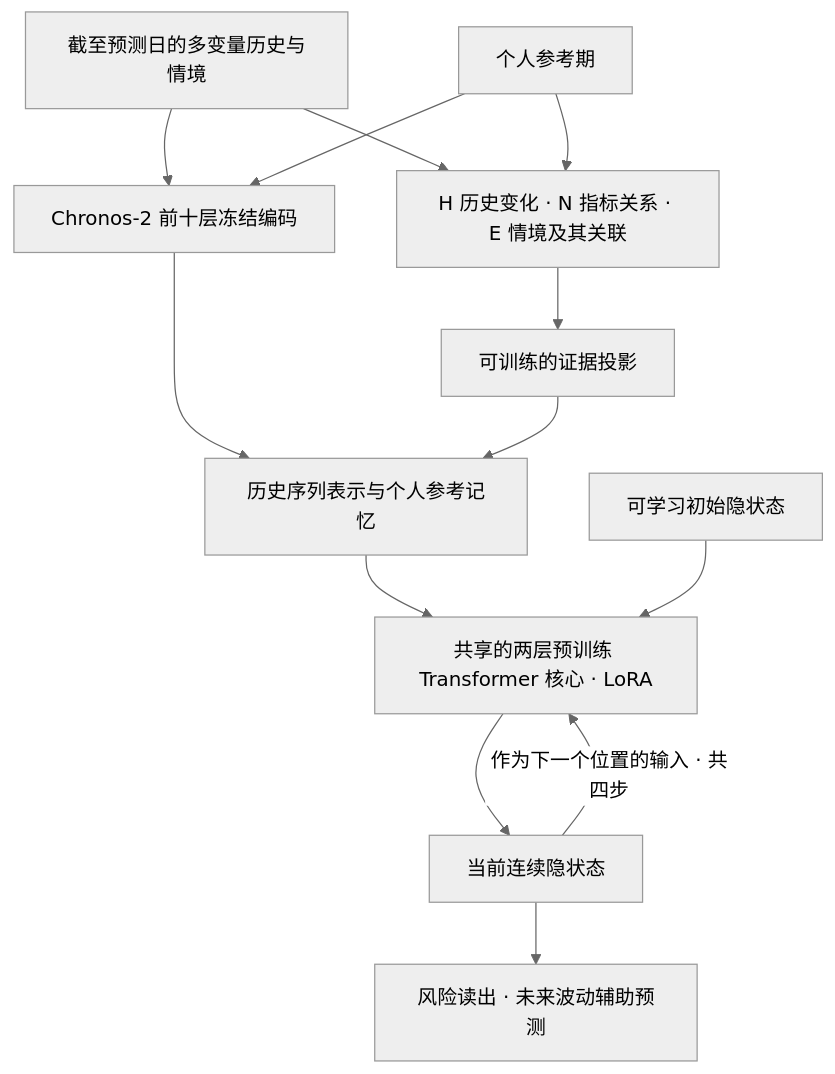
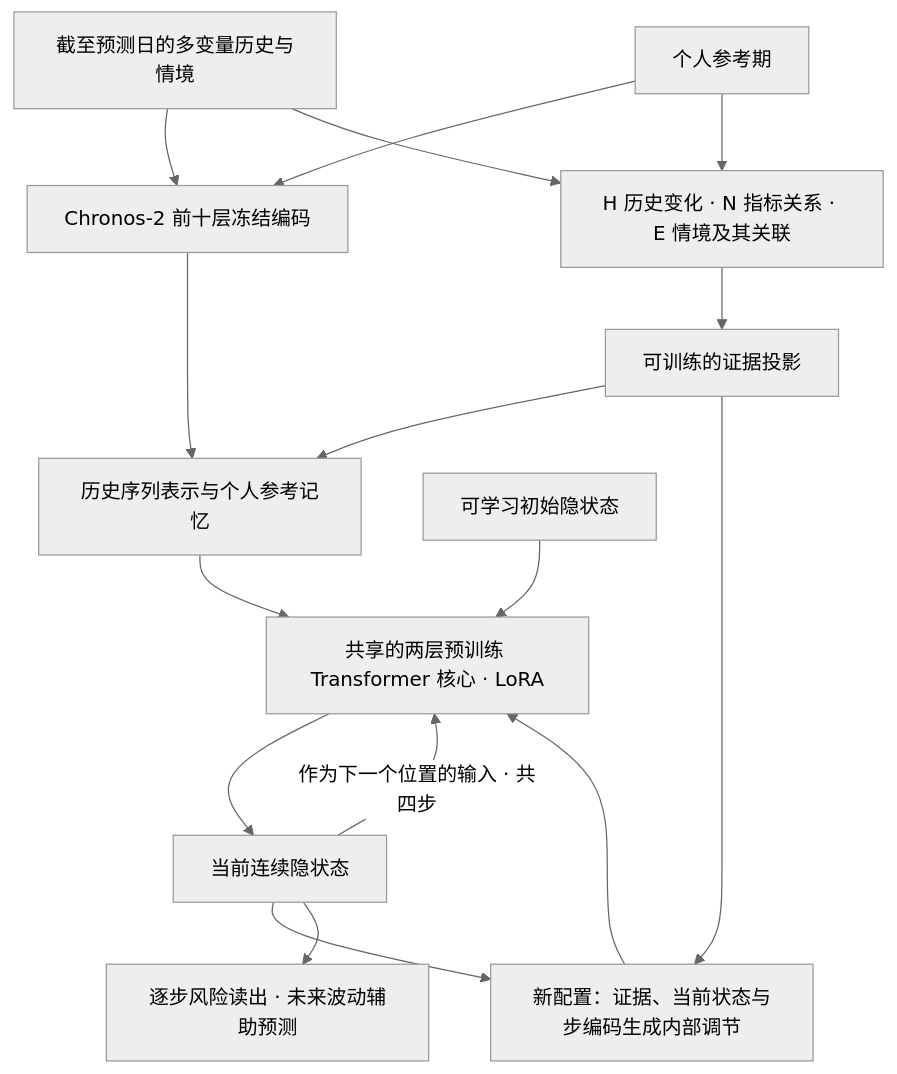
Before and after one commit to ChiZhang-805/HNE-AI: the diagram in HNE-AI-1/paper/continuous_warning_framework.md, drawn with Mermaid (neutral theme). The commit also changed other lines of this file and 10 other files, not shown here.

````diff
--- a/HNE-AI-1/paper/continuous_warning_framework.md
+++ b/HNE-AI-1/paper/continuous_warning_framework.md
@@ -19,15 +19,18 @@
 ```mermaid
 flowchart TD
     X[截至预测日的多变量历史与情境] --> F[Chronos-2 前十层冻结编码]
     R[个人参考期] --> F
     X --> HNE[H 历史变化 · N 指标关系 · E 情境及其关联]
     R --> HNE
     F --> M[历史序列表示与个人参考记忆]
     HNE --> P[可训练的证据投影]
     P --> M
+    P --> C[新配置：证据、当前状态与步编码生成内部调节]
+    C --> T
     M --> T[共享的两层预训练 Transformer 核心 · LoRA]
     Z0[可学习初始隐状态] --> T
     T --> Z[当前连续隐状态]
     Z -->|作为下一个位置的输入 · 共四步| T
-    Z --> O[风险读出 · 未来波动辅助预测]
+    Z --> C
+    Z --> O[逐步风险读出 · 未来波动辅助预测]
 ```
````
